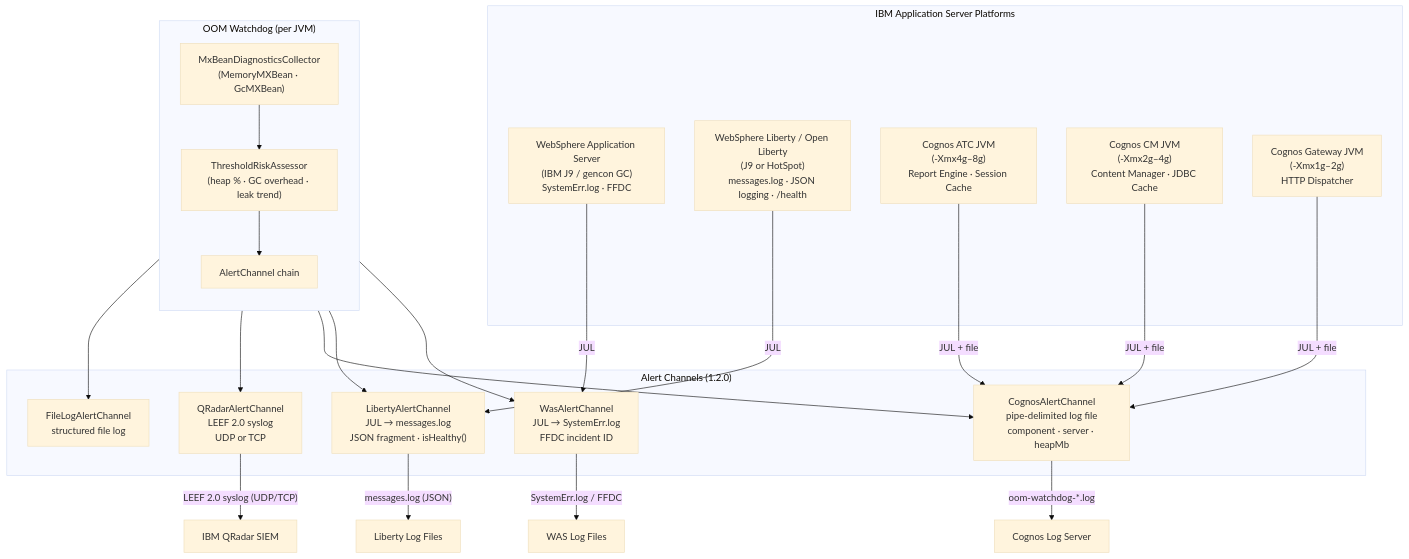
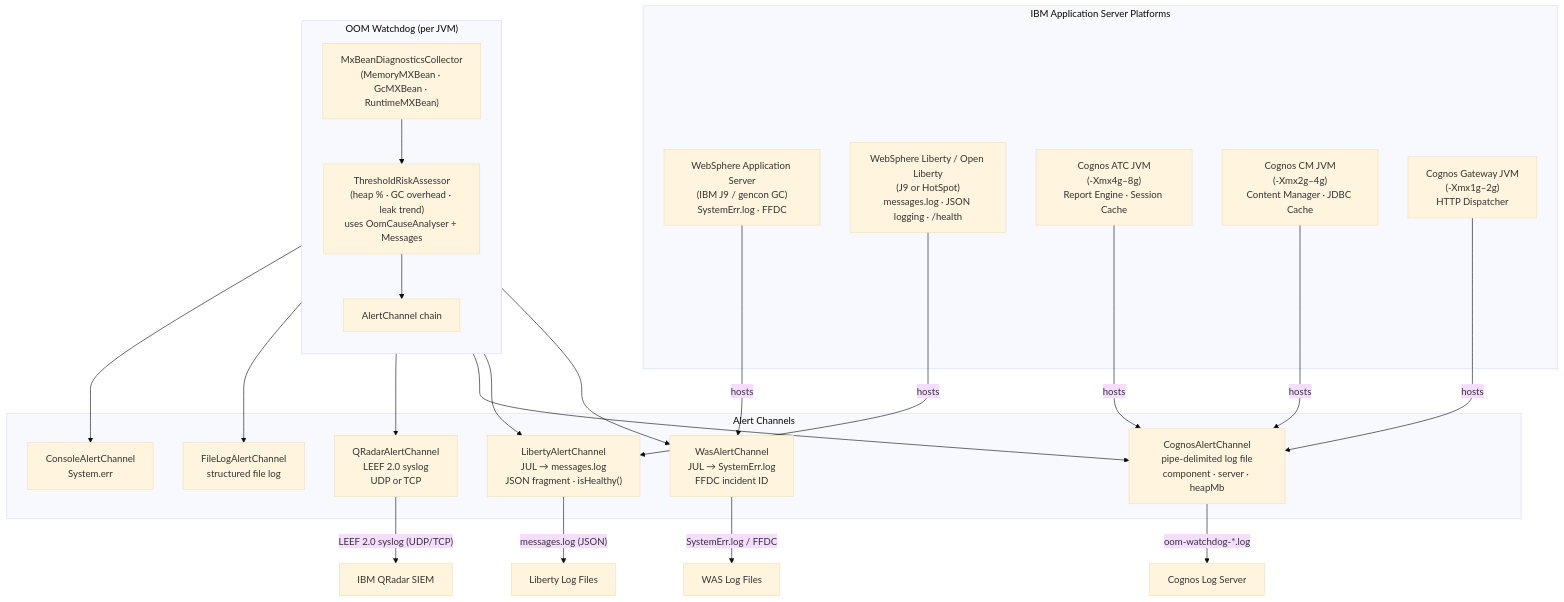
Before and after one commit to kgillard/oom-watchdog: the fifth of 5 diagrams in ARCHITECTURE.md, drawn with Mermaid (base theme). The commit also changed other lines of this file, not shown here.

````diff
--- a/ARCHITECTURE.md
+++ b/ARCHITECTURE.md
@@ -499,43 +635,45 @@
 ```mermaid
 graph TD
     subgraph IBM_Platforms["IBM Application Server Platforms"]
         WAS["WebSphere Application Server<br/>(IBM J9 / gencon GC)<br/>SystemErr.log · FFDC"]
         Liberty["WebSphere Liberty / Open Liberty<br/>(J9 or HotSpot)<br/>messages.log · JSON logging · /health"]
         ATC["Cognos ATC JVM<br/>(-Xmx4g–8g)<br/>Report Engine · Session Cache"]
         CM["Cognos CM JVM<br/>(-Xmx2g–4g)<br/>Content Manager · JDBC Cache"]
         GW["Cognos Gateway JVM<br/>(-Xmx1g–2g)<br/>HTTP Dispatcher"]
     end
 
     subgraph OomWatchdog["OOM Watchdog (per JVM)"]
         direction TB
-        Collector["MxBeanDiagnosticsCollector<br/>(MemoryMXBean · GcMXBean)"]
-        Assessor["ThresholdRiskAssessor<br/>(heap % · GC overhead · leak trend)"]
+        Collector["MxBeanDiagnosticsCollector<br/>(MemoryMXBean · GcMXBean · RuntimeMXBean)"]
+        Assessor["ThresholdRiskAssessor<br/>(heap % · GC overhead · leak trend)<br/>uses OomCauseAnalyser + Messages"]
         Channels["AlertChannel chain"]
     end
 
-    subgraph Channels_Detail["Alert Channels (1.2.0)"]
+    subgraph Channels_Detail["Alert Channels"]
         WasChannel["WasAlertChannel<br/>JUL → SystemErr.log<br/>FFDC incident ID"]
         LibertyChannel["LibertyAlertChannel<br/>JUL → messages.log<br/>JSON fragment · isHealthy()"]
         CognosChannel["CognosAlertChannel<br/>pipe-delimited log file<br/>component · server · heapMb"]
         QRadarChannel["QRadarAlertChannel<br/>LEEF 2.0 syslog<br/>UDP or TCP"]
         FileChannel["FileLogAlertChannel<br/>structured file log"]
+        ConsoleChannel["ConsoleAlertChannel<br/>System.err"]
     end
 
-    WAS -->|JUL| WasChannel
-    Liberty -->|JUL| LibertyChannel
-    ATC -->|JUL + file| CognosChannel
-    CM -->|JUL + file| CognosChannel
-    GW -->|JUL + file| CognosChannel
+    WAS -->|hosts| WasChannel
+    Liberty -->|hosts| LibertyChannel
+    ATC -->|hosts| CognosChannel
+    CM -->|hosts| CognosChannel
+    GW -->|hosts| CognosChannel
 
     Collector --> Assessor --> Channels
     Channels --> WasChannel
     Channels --> LibertyChannel
     Channels --> CognosChannel
     Channels --> QRadarChannel
     Channels --> FileChannel
+    Channels --> ConsoleChannel
 
     QRadarChannel -->|"LEEF 2.0 syslog (UDP/TCP)"| QRadar["IBM QRadar SIEM"]
     WasChannel -->|"SystemErr.log / FFDC"| WASLogs["WAS Log Files"]
     LibertyChannel -->|"messages.log (JSON)"| LibertyLogs["Liberty Log Files"]
     CognosChannel -->|"oom-watchdog-*.log"| CognosLogs["Cognos Log Server"]
 ```
````
